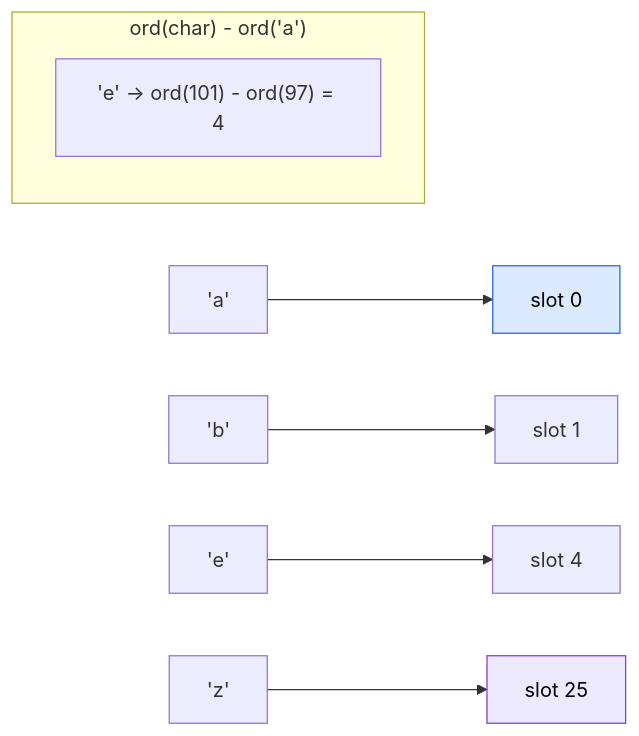
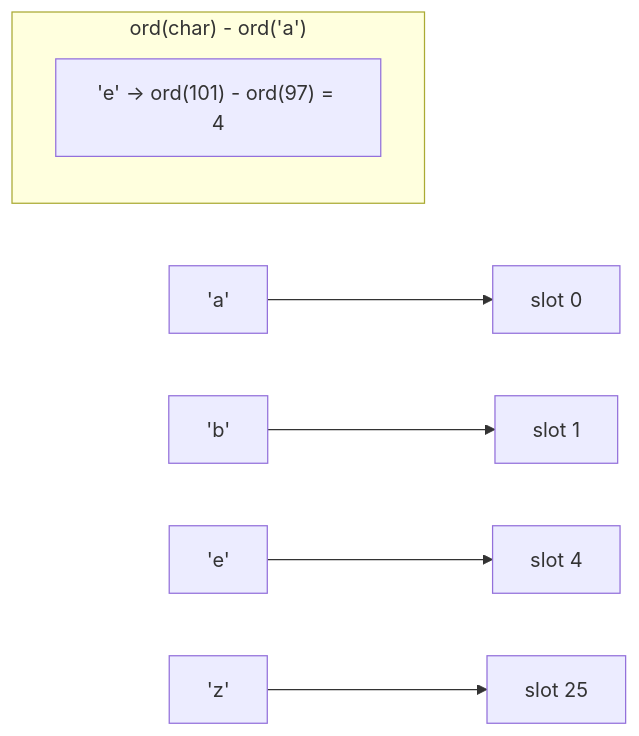
One commit to M-F-Tushar/LeetCode-Problem-Solving changed the eighth of 12 diagrams in 04 - Group Anagrams/README.md. Above: the diagram before and after it, drawn with Mermaid. The commit also changed other lines of this file and 6 other files, not shown here.

Commit message:
added 06 - Is Subsequence, 07 - Longest Consecutive Sequence

````diff
--- a/04 - Group Anagrams/README.md
+++ b/04 - Group Anagrams/README.md
@@ -293,14 +283,12 @@
 ```mermaid
 flowchart LR
     A["'a'"] --> I0["slot 0"]
     B["'b'"] --> I1["slot 1"]
     G["'e'"] --> I4["slot 4"]
     Z["'z'"] --> I25["slot 25"]
 
     subgraph Formula["ord(char) - ord('a')"]
         F["'e' → ord(101) - ord(97) = 4"]
     end
 
-    style I0 fill:#dbeafe,stroke:#2563eb,color:#000000
-    style I25 fill:#ede9fe,stroke:#7c3aed,color:#000000
 ```
````
